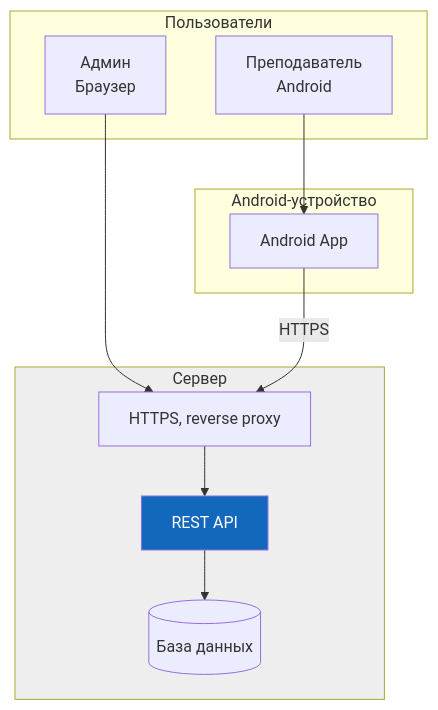
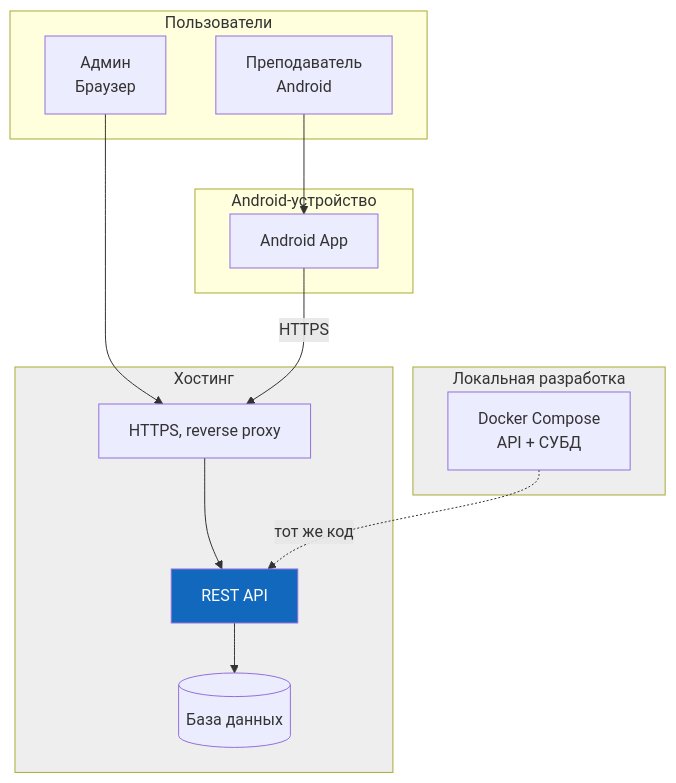
One commit to SP4CEVI/iasu-2.0 changed the fifth of 13 diagrams in concept.md. Above: the diagram before and after it, drawn with Mermaid. The commit also changed other lines of this file, not shown here.

Commit message:
Добавлена инфо про хостинг и варианты СУБД

````diff
--- a/concept.md
+++ b/concept.md
@@ -260,26 +297,32 @@
 ```mermaid
 graph TB
     subgraph Users["Пользователи"]
         T["Преподаватель<br/>Android"]
         A["Админ<br/>Браузер"]
     end
 
     subgraph AndroidDev["Android-устройство"]
         APK["Android App"]
     end
 
-    subgraph Cloud["Сервер"]
+    subgraph Hosting["Хостинг"]
         Nginx["HTTPS, reverse proxy"]
         API["REST API"]
         DB[("База данных")]
+    end
+
+    subgraph LocalDev["Локальная разработка"]
+        DockerCompose["Docker Compose<br/>API + СУБД"]
     end
 
     T --> APK
     A --> Nginx
     APK -->|"HTTPS"| Nginx
     Nginx --> API
     API --> DB
+    DockerCompose -.->|"тот же код"| API
 
-    style Cloud fill:#eee
+    style Hosting fill:#eee
+    style LocalDev fill:#eee
     style API fill:#1168bd,color:#fff
 ```
````
